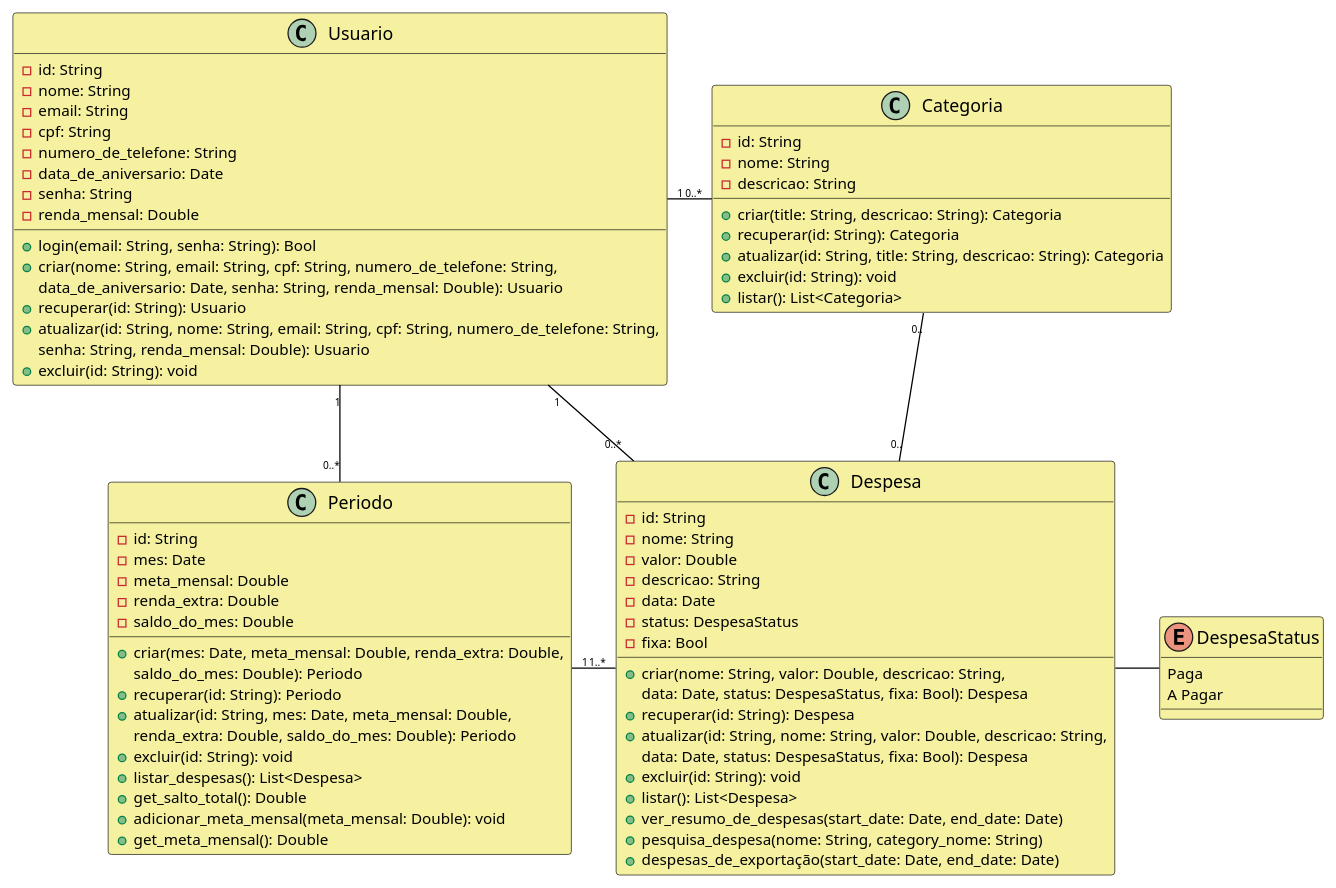
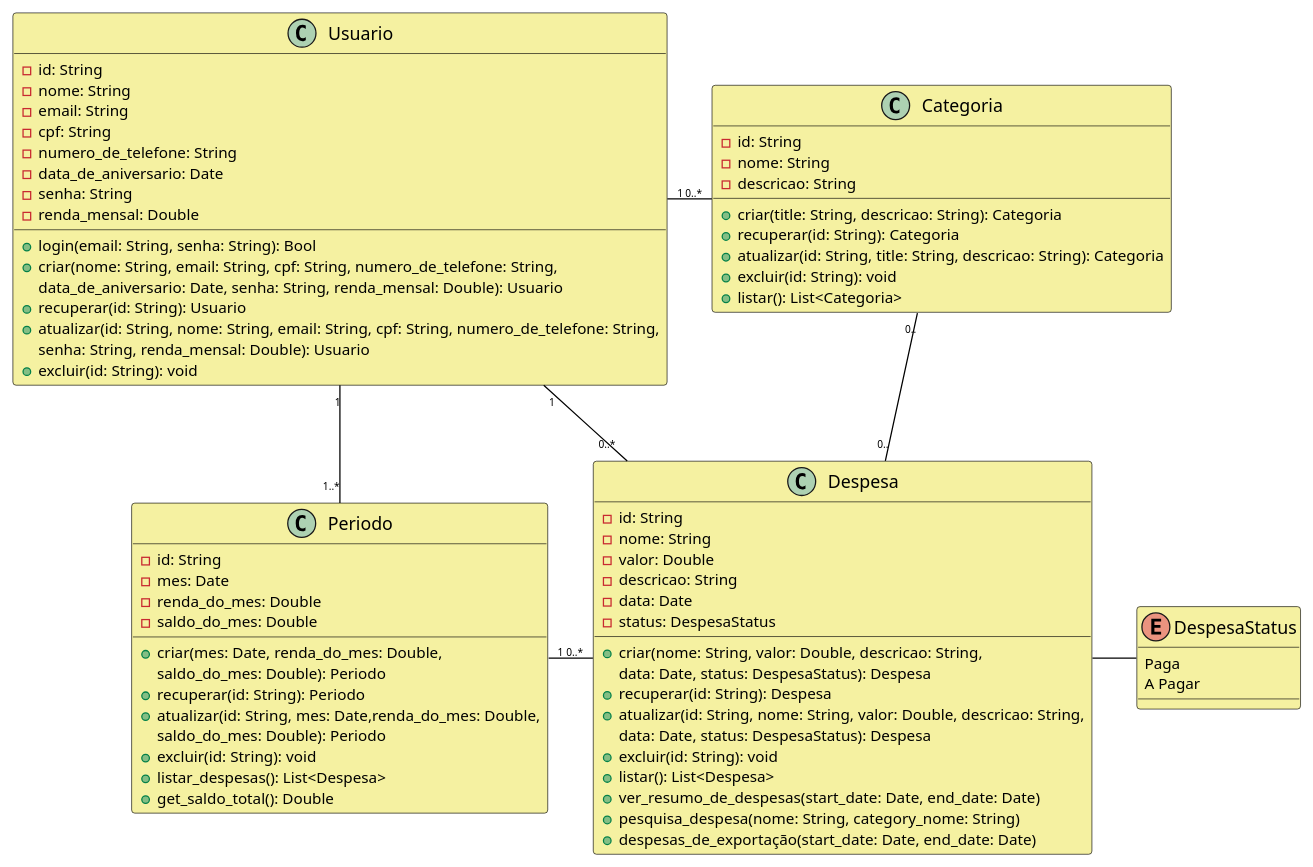
Before and after one commit to LucasMairon/FinanSee: the diagram in documents/class_diagram/class_diagram.puml, drawn with PlantUML. The commit also changed 1 other file, not shown here.

Commit message:
docs: updating class diagram

```diff
--- a/documents/class_diagram/class_diagram.puml
+++ b/documents/class_diagram/class_diagram.puml
@@ -1,94 +1,90 @@
 @startuml Diagrama de classes
 
 skinparam ClassAttributeFontSize 12
 skinparam ClassFontSize 14
 skinparam ClassBorderColor black
 skinparam ArrowColor black
 skinparam ArrowFontSize 8
 skinparam ClassBackgroundColor #F5F1A1
 
 
 class Usuario {
     -id: String
     -nome: String
     -email: String
     -cpf: String
     -numero_de_telefone: String
     -data_de_aniversario: Date
     -senha: String
     -renda_mensal: Double
     +login(email: String, senha: String): Bool
     +criar(nome: String, email: String, cpf: String, numero_de_telefone: String, 
     data_de_aniversario: Date, senha: String, renda_mensal: Double): Usuario
     +recuperar(id: String): Usuario
     +atualizar(id: String, nome: String, email: String, cpf: String, numero_de_telefone: String,
     senha: String, renda_mensal: Double): Usuario
     +excluir(id: String): void
 }
 
 class Despesa {
     -id: String
     -nome: String
     -valor: Double
     -descricao: String
     -data: Date
     -status: DespesaStatus
-    -fixa: Bool
     +criar(nome: String, valor: Double, descricao: String,
-    data: Date, status: DespesaStatus, fixa: Bool): Despesa
+    data: Date, status: DespesaStatus): Despesa
     +recuperar(id: String): Despesa
     +atualizar(id: String, nome: String, valor: Double, descricao: String, 
-    data: Date, status: DespesaStatus, fixa: Bool): Despesa
+    data: Date, status: DespesaStatus): Despesa
     +excluir(id: String): void
     +listar(): List<Despesa>
     +ver_resumo_de_despesas(start_date: Date, end_date: Date)
     +pesquisa_despesa(nome: String, category_nome: String)
     +despesas_de_exportação(start_date: Date, end_date: Date)
 }
 
 
 class Categoria {
     -id: String
     -nome: String
     -descricao: String
     +criar(title: String, descricao: String): Categoria
     +recuperar(id: String): Categoria
     +atualizar(id: String, title: String, descricao: String): Categoria
     +excluir(id: String): void
     +listar(): List<Categoria>
 }
 
 
 class Periodo {
     -id: String
     -mes: Date
-    -meta_mensal: Double
-    -renda_extra: Double
+    -renda_do_mes: Double
     -saldo_do_mes: Double
-    +criar(mes: Date, meta_mensal: Double, renda_extra: Double, 
+    +criar(mes: Date, renda_do_mes: Double, 
     saldo_do_mes: Double): Periodo
     +recuperar(id: String): Periodo
-    +atualizar(id: String, mes: Date, meta_mensal: Double,
-    renda_extra: Double, saldo_do_mes: Double): Periodo
+    +atualizar(id: String, mes: Date,renda_do_mes: Double,
+    saldo_do_mes: Double): Periodo
     +excluir(id: String): void
     +listar_despesas(): List<Despesa>
-    +get_salto_total(): Double
-    +adicionar_meta_mensal(meta_mensal: Double): void
-    +get_meta_mensal(): Double
+    +get_saldo_total(): Double
 }
 
 
 enum DespesaStatus {
     Paga
     A Pagar
 }
 
 
-Usuario"1" -- "0..*"Periodo
+Usuario"1" -- "1..*"Periodo
 Usuario"1" -down- "0..*"Despesa
 Usuario"1" -right- "0..*"Categoria
 Despesa"0.." -up- "0.."Categoria
 Despesa -right- DespesaStatus
-Despesa"1..*" -left- "1"Periodo
+Despesa"0..*" -left- "1"Periodo
 
 @enduml
```
